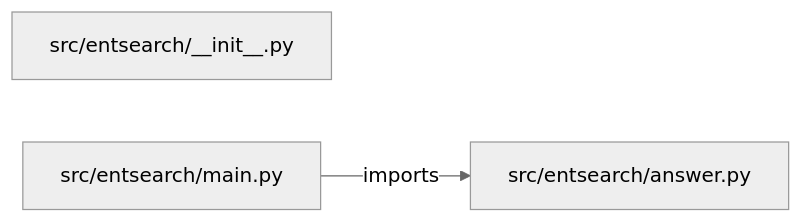
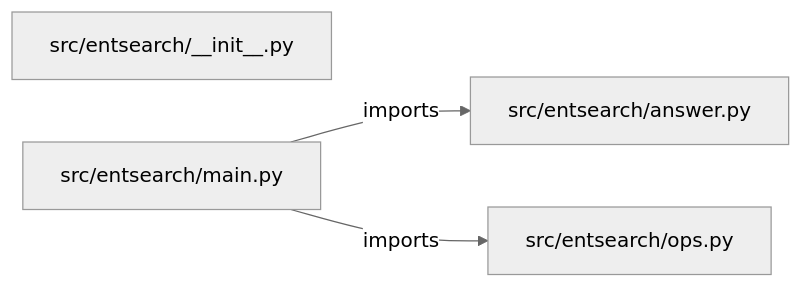
One commit to iarsingh/enterprise-ai-search-platform changed the diagram in PROJECT_ARCHITECTURE.md. Above: the diagram before and after it, drawn with Mermaid (neutral theme). The commit also changed other lines of this file and 2 other files, not shown here.

Commit message:
Refresh architecture and interview guides from current implementation

````diff
--- a/PROJECT_ARCHITECTURE.md
+++ b/PROJECT_ARCHITECTURE.md
@@ -13,7 +13,9 @@
 ```mermaid
 flowchart LR
     M0["src/entsearch/__init__.py"]
     M1["src/entsearch/answer.py"]
     M2["src/entsearch/main.py"]
+    M3["src/entsearch/ops.py"]
     M2 -->|imports| M1
+    M2 -->|imports| M3
 ```
````
